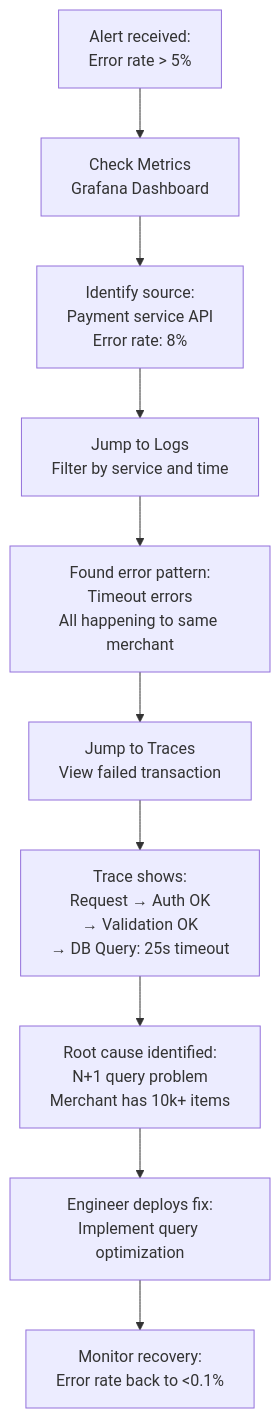
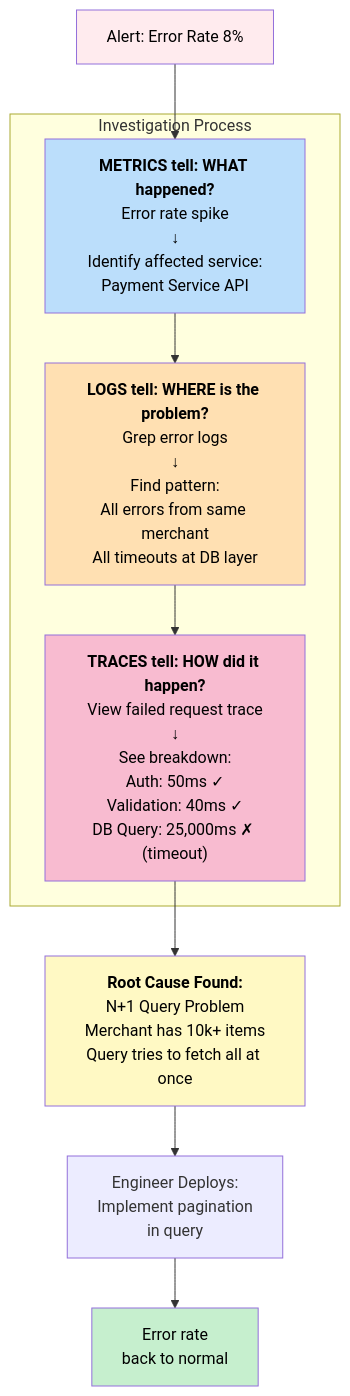
One commit to ahmed-226/Backend-from-first-principles changed diagram 12 of 12 in 13.Logging, Monitoring and Observability/README.md. Above: the diagram before and after it, drawn with Mermaid. The commit also changed other lines of this file, not shown here.

````diff
--- a/13.Logging, Monitoring and Observability/README.md
+++ b/13.Logging, Monitoring and Observability/README.md
@@ -1044,12 +1194,23 @@
 ```mermaid
-flowchart TD
-    A["Alert received:<br/>Error rate > 5%"] --> B["Check Metrics<br/>Grafana Dashboard"]
-    B --> C["Identify source:<br/>Payment service API<br/>Error rate: 8%"]
-    C --> D["Jump to Logs<br/>Filter by service and time"]
-    D --> E["Found error pattern:<br/>Timeout errors<br/>All happening to same merchant"]
-    E --> F["Jump to Traces<br/>View failed transaction"]
-    F --> G["Trace shows:<br/>Request → Auth OK<br/>→ Validation OK<br/>→ DB Query: 25s timeout"]
-    G --> H["Root cause identified:<br/>N+1 query problem<br/>Merchant has 10k+ items"]
-    H --> I["Engineer deploys fix:<br/>Implement query optimization"]
-    I --> J["Monitor recovery:<br/>Error rate back to <0.1%"]
+graph TB
+    Alert["Alert: Error Rate 8%"] --> Metrics
+
+    subgraph Investigation["Investigation Process"]
+        Metrics["<b>METRICS tell: WHAT happened?</b><br/>Error rate spike<br/>↓<br/>Identify affected service:<br/>Payment Service API"] --> Logs["<b>LOGS tell: WHERE is the problem?</b><br/>Grep error logs<br/>↓<br/>Find pattern:<br/>All errors from same merchant<br/>All timeouts at DB layer"]
+
+        Logs --> Traces["<b>TRACES tell: HOW did it happen?</b><br/>View failed request trace<br/>↓<br/>See breakdown:<br/>Auth: 50ms ✓<br/>Validation: 40ms ✓<br/>DB Query: 25,000ms ✗ (timeout)"]
+    end
+
+    Traces --> RootCause["<b>Root Cause Found:</b><br/>N+1 Query Problem<br/>Merchant has 10k+ items<br/>Query tries to fetch all at once"]
+
+    RootCause --> Fix["Engineer Deploys:<br/>Implement pagination<br/>in query"]
+
+    Fix --> Recovery["Error rate<br/>back to normal"]
+
+    style Alert fill:#ffebee,color:#000
+    style RootCause fill:#fff9c4,color:#000
+    style Recovery fill:#c6efce,color:#000
+    style Metrics fill:#bbdefb,color:#000
+    style Logs fill:#ffe0b2,color:#000
+    style Traces fill:#f8bbd0,color:#000
 ```
````
